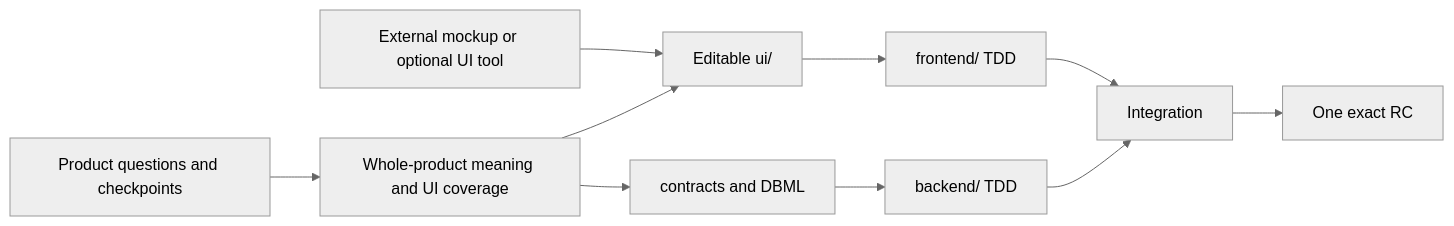
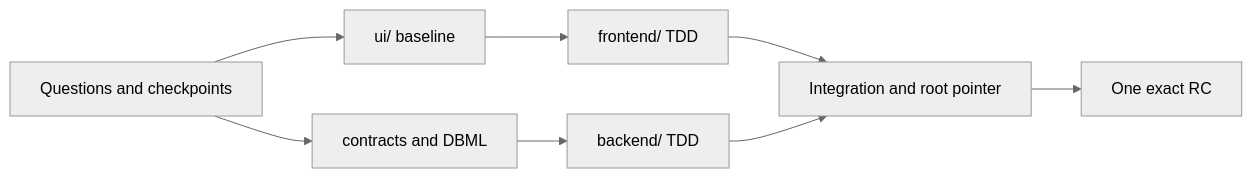
Before and after one commit to kcrmin/Stackcord: the diagram in README.md, drawn with Mermaid (neutral theme). The commit also changed other lines of this file and 3 other files, not shown here.

````diff
--- a/README.md
+++ b/README.md
@@ -28,12 +63,10 @@
 ```mermaid
 flowchart LR
-    A["Product questions and checkpoints"] --> B["Whole-product meaning and UI coverage"]
-    X["External mockup or optional UI tool"] --> U["Editable ui/"]
-    B --> U
+    Q["Questions and checkpoints"] --> U["ui/ baseline"]
+    Q --> C["contracts and DBML"]
     U --> F["frontend/ TDD"]
-    B --> C["contracts and DBML"]
-    C --> D["backend/ TDD"]
-    F --> I["Integration"]
-    D --> I
+    C --> B["backend/ TDD"]
+    F --> I["Integration and root pointer"]
+    B --> I
     I --> R["One exact RC"]
 ```
````
